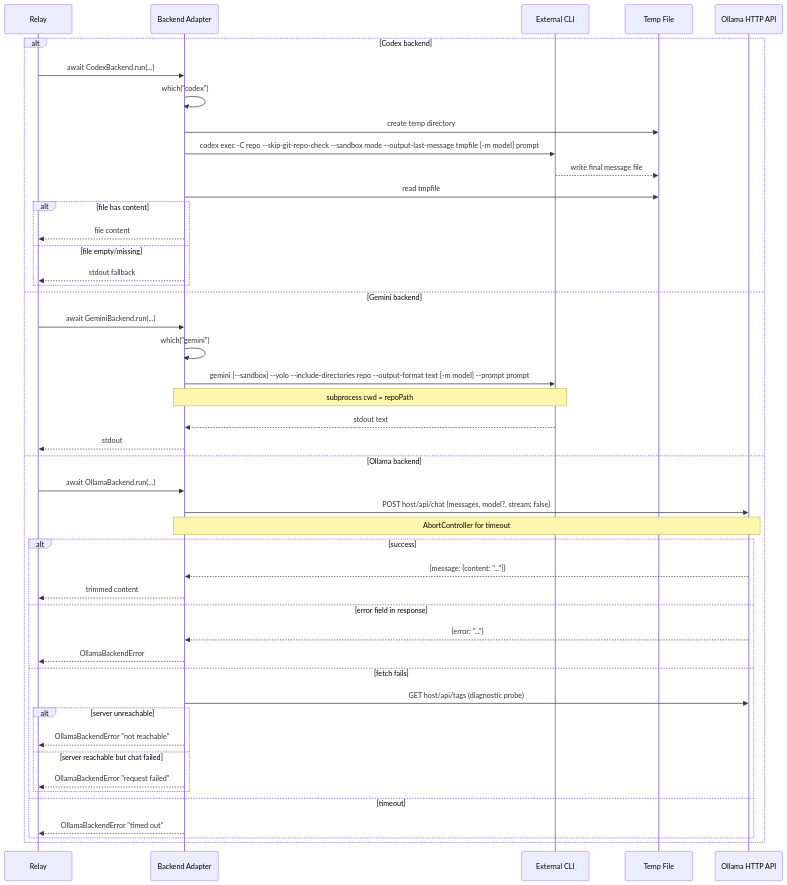
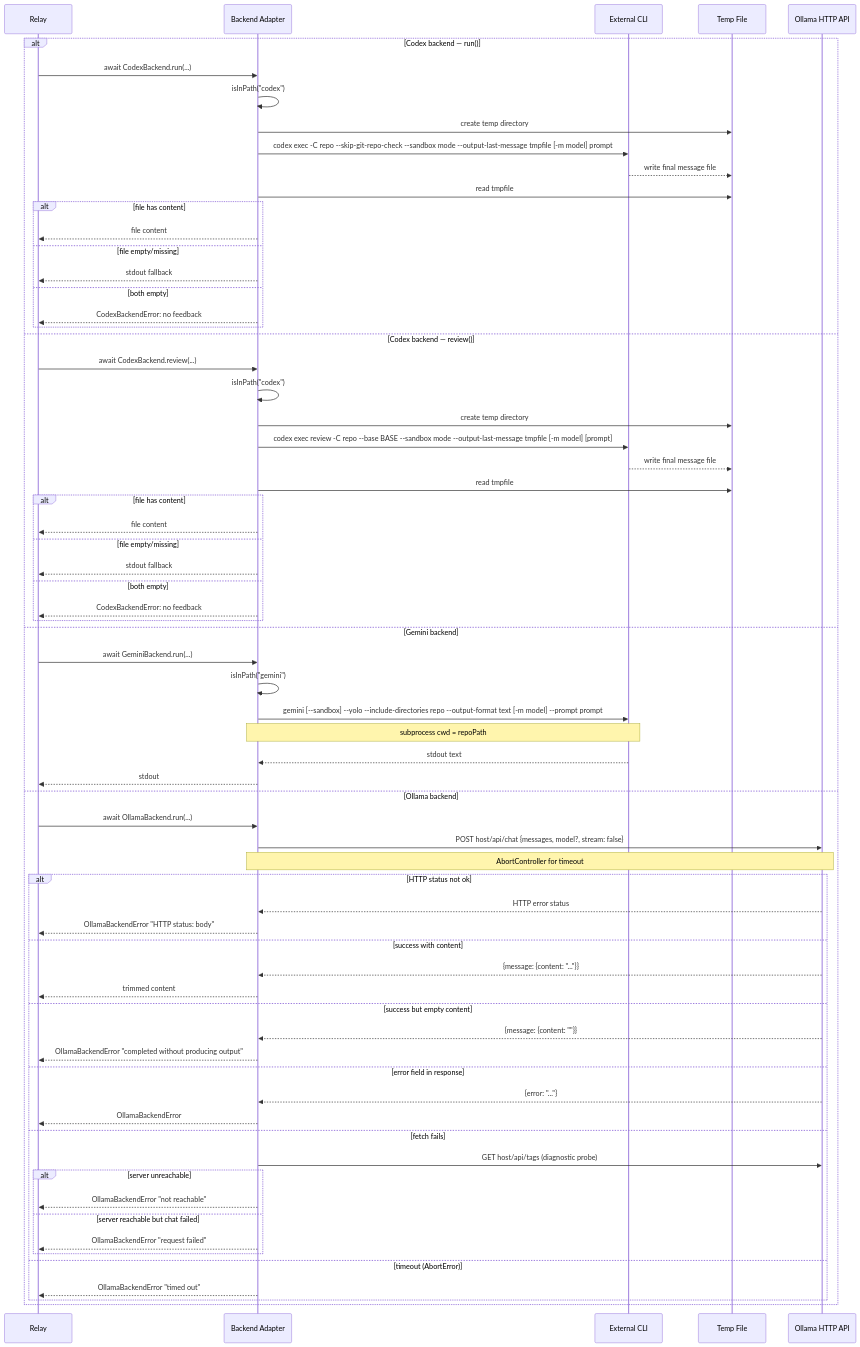
The third of 3 diagrams in architecture/02-backend-system.md (freibergergarcia/phone-a-friend), drawn with Mermaid before and after one commit. The commit also changed other lines of this file and 5 other files, not shown here.

First line of the commit message:
Update architecture docs and fix label-check race condition (#34)

````diff
--- a/architecture/02-backend-system.md
+++ b/architecture/02-backend-system.md
@@ -76,51 +95,74 @@
 ```mermaid
 sequenceDiagram
   participant Relay
   participant Adapter as Backend Adapter
   participant CLI as External CLI
   participant FS as Temp File
   participant API as Ollama HTTP API
 
-  alt Codex backend
+  alt Codex backend — run()
     Relay->>Adapter: await CodexBackend.run(...)
-    Adapter->>Adapter: which("codex")
+    Adapter->>Adapter: isInPath("codex")
     Adapter->>FS: create temp directory
     Adapter->>CLI: codex exec -C repo --skip-git-repo-check --sandbox mode --output-last-message tmpfile [-m model] prompt
     CLI-->>FS: write final message file
     Adapter->>FS: read tmpfile
     alt file has content
       Adapter-->>Relay: file content
     else file empty/missing
       Adapter-->>Relay: stdout fallback
+    else both empty
+      Adapter-->>Relay: CodexBackendError: no feedback
+    end
+
+  else Codex backend — review()
+    Relay->>Adapter: await CodexBackend.review(...)
+    Adapter->>Adapter: isInPath("codex")
+    Adapter->>FS: create temp directory
+    Adapter->>CLI: codex exec review -C repo --base BASE --sandbox mode --output-last-message tmpfile [-m model] [prompt]
+    CLI-->>FS: write final message file
+    Adapter->>FS: read tmpfile
+    alt file has content
+      Adapter-->>Relay: file content
+    else file empty/missing
+      Adapter-->>Relay: stdout fallback
+    else both empty
+      Adapter-->>Relay: CodexBackendError: no feedback
     end
 
   else Gemini backend
     Relay->>Adapter: await GeminiBackend.run(...)
-    Adapter->>Adapter: which("gemini")
+    Adapter->>Adapter: isInPath("gemini")
     Adapter->>CLI: gemini [--sandbox] --yolo --include-directories repo --output-format text [-m model] --prompt prompt
     Note over Adapter,CLI: subprocess cwd = repoPath
     CLI-->>Adapter: stdout text
     Adapter-->>Relay: stdout
 
   else Ollama backend
     Relay->>Adapter: await OllamaBackend.run(...)
     Adapter->>API: POST host/api/chat {messages, model?, stream: false}
     Note over Adapter,API: AbortController for timeout
-    alt success
+    alt HTTP status not ok
+      API-->>Adapter: HTTP error status
+      Adapter-->>Relay: OllamaBackendError "HTTP status: body"
+    else success with content
       API-->>Adapter: {message: {content: "..."}}
       Adapter-->>Relay: trimmed content
+    else success but empty content
+      API-->>Adapter: {message: {content: ""}}
+      Adapter-->>Relay: OllamaBackendError "completed without producing output"
     else error field in response
       API-->>Adapter: {error: "..."}
       Adapter-->>Relay: OllamaBackendError
     else fetch fails
       Adapter->>API: GET host/api/tags (diagnostic probe)
       alt server unreachable
         Adapter-->>Relay: OllamaBackendError "not reachable"
       else server reachable but chat failed
         Adapter-->>Relay: OllamaBackendError "request failed"
       end
-    else timeout
+    else timeout (AbortError)
       Adapter-->>Relay: OllamaBackendError "timed out"
     end
   end
 ```
````
